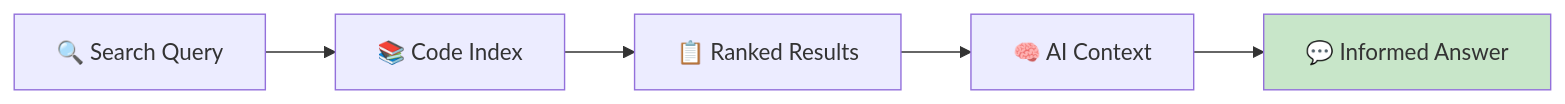
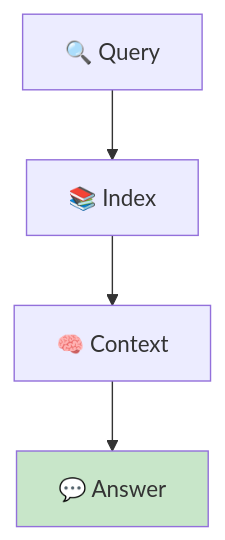
Before and after one commit to TheBushidoCollective/han: the third of 6 diagrams in website/content/papers/ai-dlc-2026/runbooks/tooling/cody.md, drawn with Mermaid. The commit also changed other lines of this file and 21 other files, not shown here.

First line of the commit message:
fix(website): convert all AI-DLC runbook Mermaid diagrams to TB layout

````diff
--- a/website/content/papers/ai-dlc-2026/runbooks/tooling/cody.md
+++ b/website/content/papers/ai-dlc-2026/runbooks/tooling/cody.md
@@ -135,9 +131,8 @@
 ```mermaid
-flowchart LR
-    Query[🔍 Search Query] --> Index[📚 Code Index]
-    Index --> Results[📋 Ranked Results]
-    Results --> Context[🧠 AI Context]
-    Context --> Answer[💬 Informed Answer]
+flowchart TB
+    Query[🔍 Query] --> Index[📚 Index]
+    Index --> Context[🧠 Context]
+    Context --> Answer[💬 Answer]
 
     style Answer fill:#c8e6c9
 ```
````
